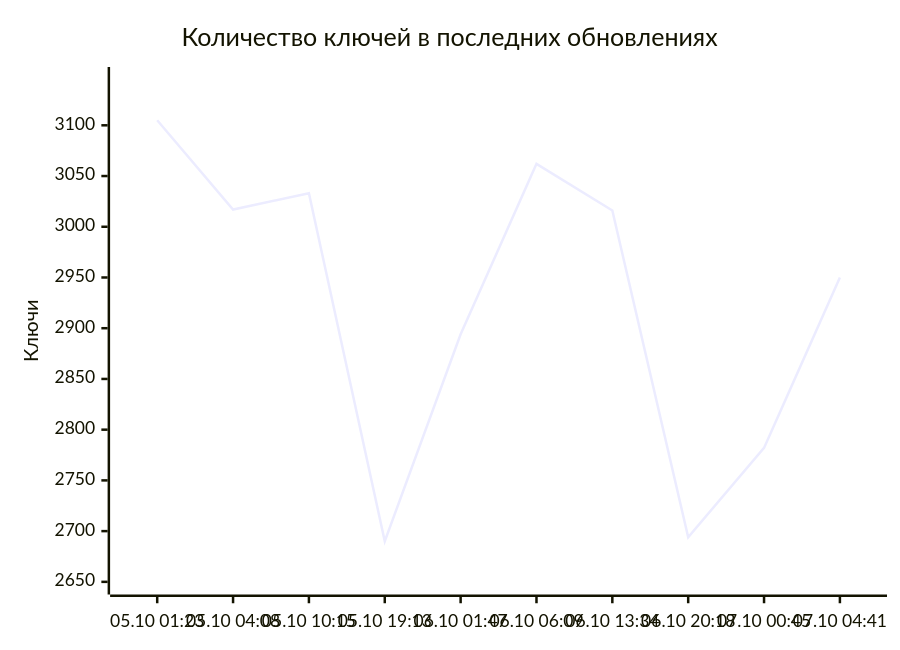
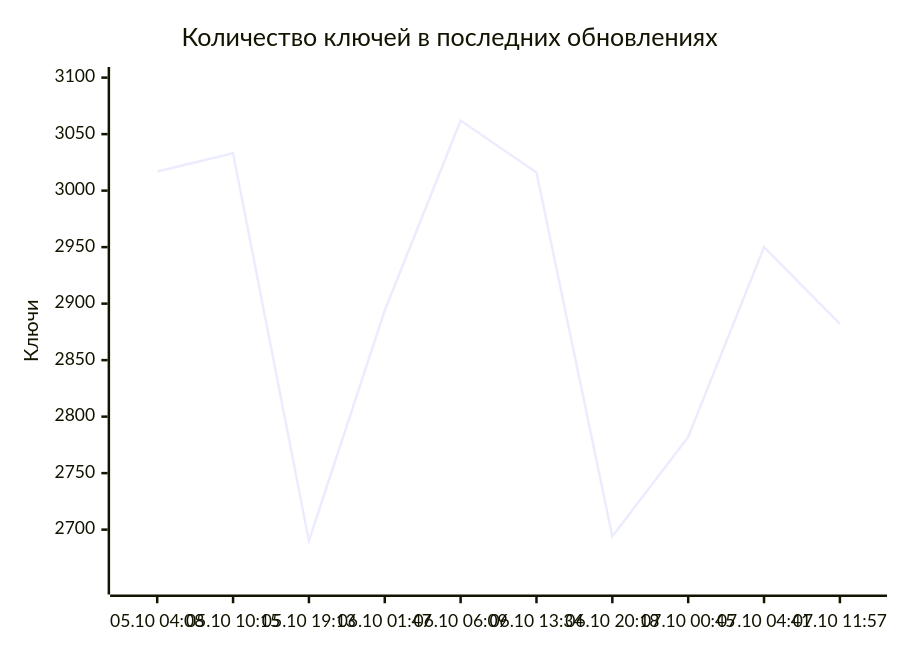
One commit to markKikhtenko/WireVeil changed the diagram in README.md. Above: the diagram before and after it, drawn with Mermaid. The commit also changed other lines of this file and 12 other files, not shown here.

````diff
--- a/README.md
+++ b/README.md
@@ -55,7 +55,7 @@
 ```mermaid
 xychart-beta
     title "Количество ключей в последних обновлениях"
-    x-axis ["05.10 01:23", "05.10 04:08", "05.10 10:15", "05.10 19:13", "06.10 01:47", "06.10 06:09", "06.10 13:34", "06.10 20:18", "07.10 00:45", "07.10 04:41"]
-    y-axis "Ключи" 2648 --> 3147
-    line [3105, 3017, 3033, 2690, 2894, 3062, 3016, 2694, 2782, 2950]
+    x-axis ["05.10 04:08", "05.10 10:15", "05.10 19:13", "06.10 01:47", "06.10 06:09", "06.10 13:34", "06.10 20:18", "07.10 00:45", "07.10 04:41", "07.10 11:57"]
+    y-axis "Ключи" 2652 --> 3100
+    line [3017, 3033, 2690, 2894, 3062, 3016, 2694, 2782, 2950, 2882]
 ```
````
